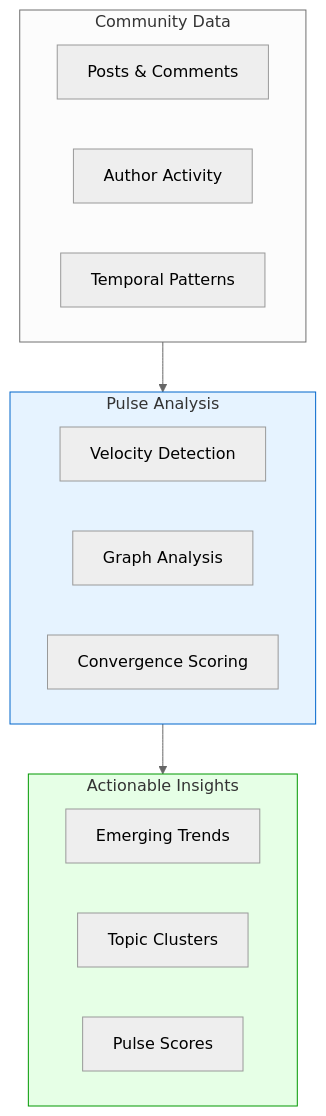
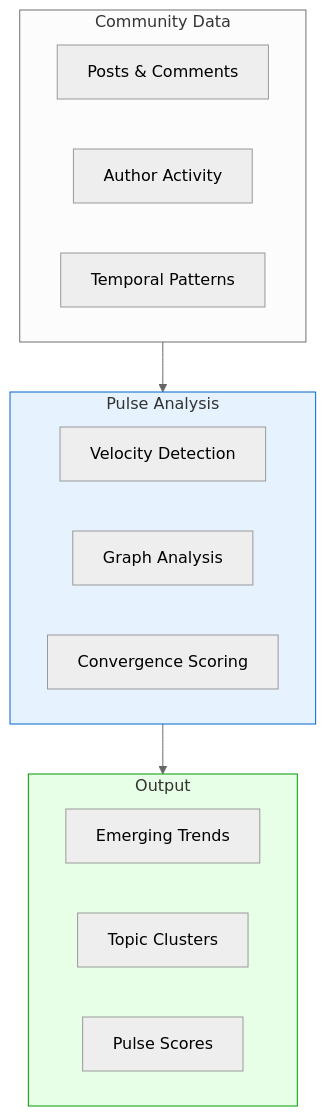
Before and after one commit to athola/community-pulse: the second of 7 diagrams in docs/slicksheet.md, drawn with Mermaid (neutral theme). The commit also changed other lines of this file and 22 other files, not shown here.

````diff
--- a/docs/slicksheet.md
+++ b/docs/slicksheet.md
@@ -43,26 +41,26 @@
 ```mermaid
 flowchart TB
     subgraph Input["Community Data"]
         Posts[Posts & Comments]
         Authors[Author Activity]
         Time[Temporal Patterns]
     end
 
     subgraph Analysis["Pulse Analysis"]
         V[Velocity Detection]
         G[Graph Analysis]
         C[Convergence Scoring]
     end
 
-    subgraph Output["Actionable Insights"]
+    subgraph Output["Output"]
         Trends[Emerging Trends]
         Clusters[Topic Clusters]
         Scores[Pulse Scores]
     end
 
     Input --> Analysis
     Analysis --> Output
 
     style Analysis fill:#e6f3ff,stroke:#0066cc
     style Output fill:#e6ffe6,stroke:#009900
 ```
````
